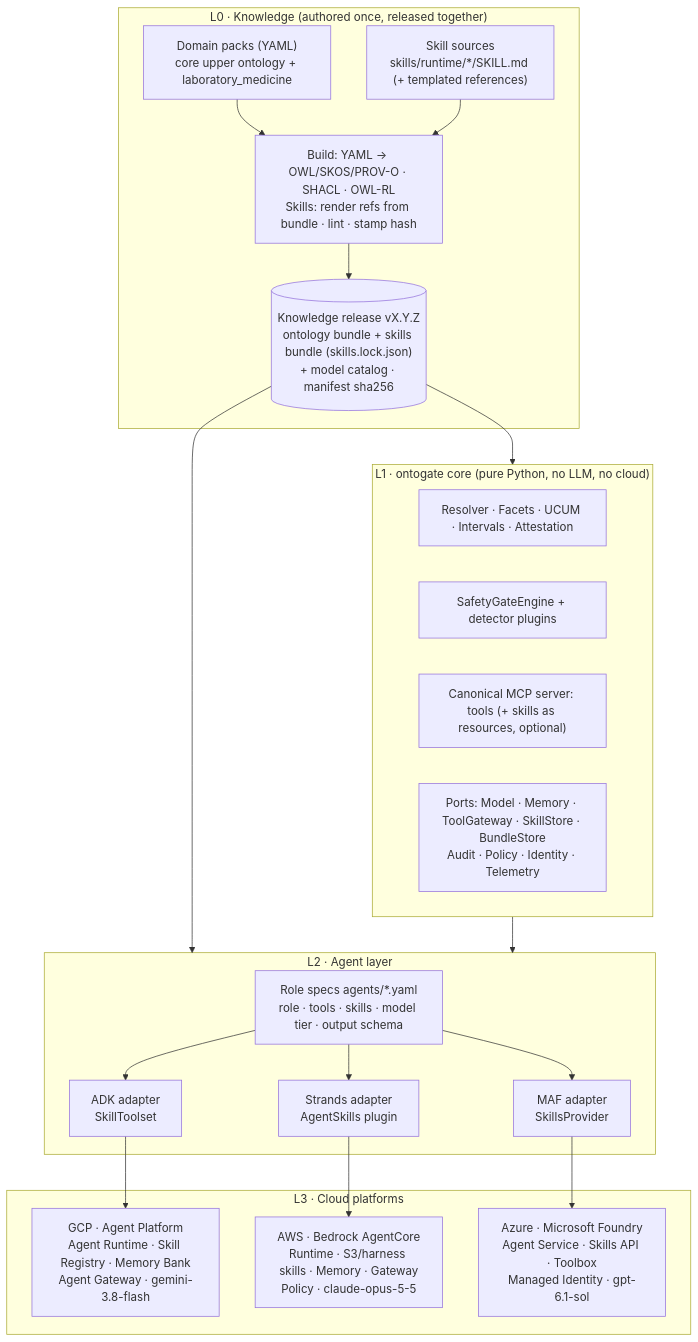
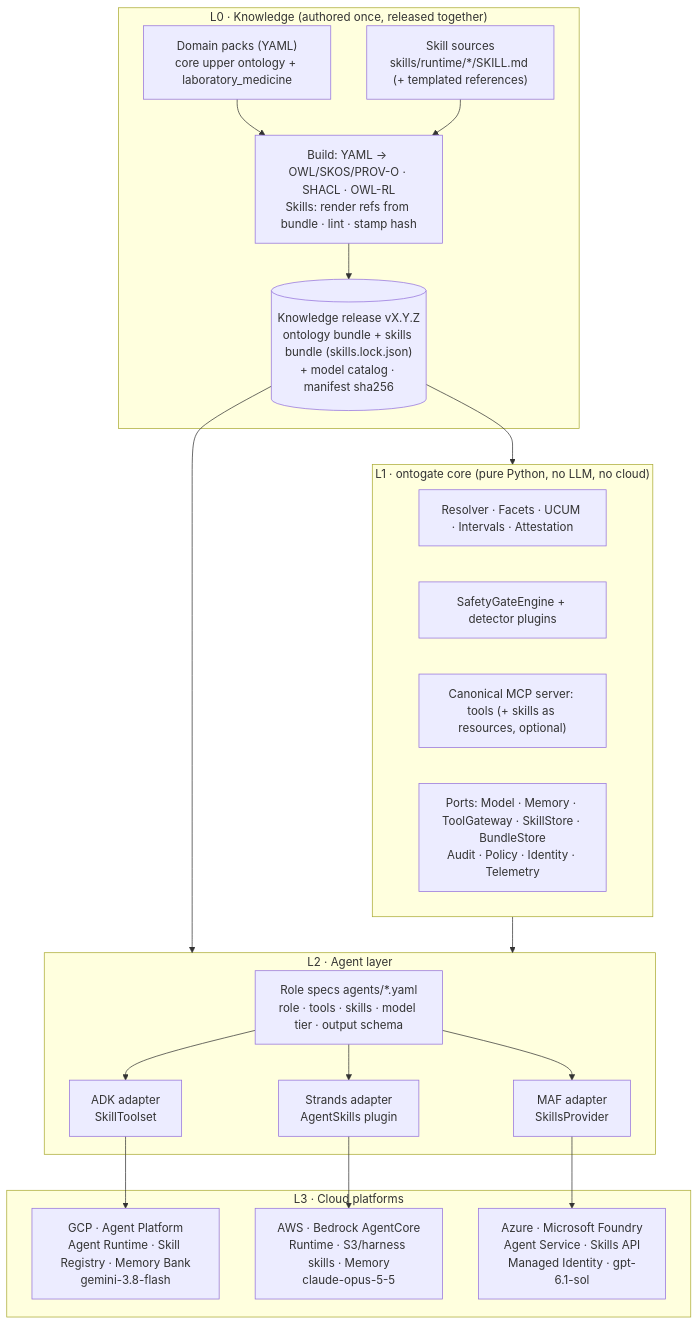
One commit to amitpuri/multiagent-retrieval-gaps changed the first of 3 diagrams in docs/ONTOLOGY_ENGINEERING_PLAN.md. Above: the diagram before and after it, drawn with Mermaid. The commit also changed other lines of this file and 17 other files, not shown here.

````diff
--- a/docs/ONTOLOGY_ENGINEERING_PLAN.md
+++ b/docs/ONTOLOGY_ENGINEERING_PLAN.md
@@ -177,40 +177,40 @@
 ```mermaid
 flowchart TB
     subgraph L0["L0 · Knowledge (authored once, released together)"]
         Y["Domain packs (YAML)<br/>core upper ontology + laboratory_medicine"]
         SK["Skill sources<br/>skills/runtime/*/SKILL.md (+ templated references)"]
         B["Build: YAML → OWL/SKOS/PROV-O · SHACL · OWL-RL<br/>Skills: render refs from bundle · lint · stamp hash"]
         REL[("Knowledge release vX.Y.Z<br/>ontology bundle + skills bundle (skills.lock.json)<br/>+ model catalog · manifest sha256")]
         Y --> B
         SK --> B
         B --> REL
     end
 
     subgraph L1["L1 · ontogate core (pure Python, no LLM, no cloud)"]
         R["Resolver · Facets · UCUM · Intervals · Attestation"]
         G["SafetyGateEngine + detector plugins"]
         MCP["Canonical MCP server: tools (+ skills as resources, optional)"]
         P["Ports: Model · Memory · ToolGateway · SkillStore · BundleStore<br/>Audit · Policy · Identity · Telemetry"]
     end
 
     subgraph L2["L2 · Agent layer"]
         SPEC["Role specs agents/*.yaml<br/>role · tools · skills · model tier · output schema"]
         ADK["ADK adapter<br/>SkillToolset"]
         STR["Strands adapter<br/>AgentSkills plugin"]
         MAF["MAF adapter<br/>SkillsProvider"]
         SPEC --> ADK & STR & MAF
     end
 
     subgraph L3["L3 · Cloud platforms"]
-        GCP["GCP · Agent Platform<br/>Agent Runtime · Skill Registry · Memory Bank<br/>Agent Gateway · gemini-3.8-flash"]
-        AWS["AWS · Bedrock AgentCore<br/>Runtime · S3/harness skills · Memory · Gateway<br/>Policy · claude-opus-5-5"]
-        AZ["Azure · Microsoft Foundry<br/>Agent Service · Skills API · Toolbox<br/>Managed Identity · gpt-6.1-sol"]
+        GCP["GCP · Agent Platform<br/>Agent Runtime · Skill Registry · Memory Bank<br/>gemini-3.8-flash"]
+        AWS["AWS · Bedrock AgentCore<br/>Runtime · S3/harness skills · Memory<br/>claude-opus-5-5"]
+        AZ["Azure · Microsoft Foundry<br/>Agent Service · Skills API<br/>Managed Identity · gpt-6.1-sol"]
     end
 
     REL --> L1
     REL --> L2
     L1 --> L2
     ADK --> GCP
     STR --> AWS
     MAF --> AZ
 ```
````
